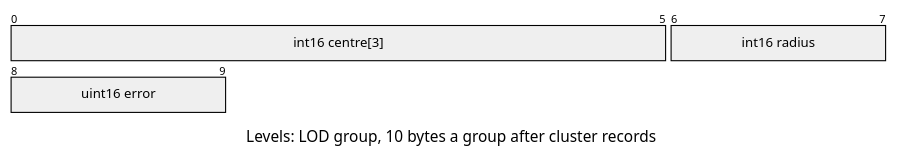
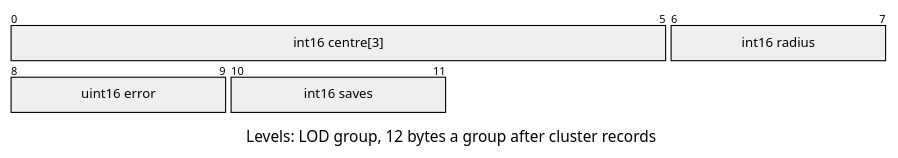
One commit to jose-villegas/autana changed the third of 3 diagrams in docs/assets/formats/LLOD.md. Above: the diagram before and after it, drawn with Mermaid. The commit also changed other lines of this file and 2 other files, not shown here.

Commit message:
docs: the triangle budget in the LOD plan, LLOD v2's saves, the budget knob

````diff
--- a/docs/assets/formats/LLOD.md
+++ b/docs/assets/formats/LLOD.md
@@ -35,14 +35,15 @@
 ```mermaid
 ---
 config:
-  themeCSS: "g:nth-of-type(2) rect:nth-of-type(1) { fill: #e3e3e3 !important; } g:nth-of-type(2) rect:nth-of-type(2) { fill: #e3e3e3 !important; } g:nth-of-type(3) rect:nth-of-type(1) { fill: #e3e3e3 !important; } .packetLabel { fill: #1b1b1b !important; }"
+  themeCSS: "g:nth-of-type(2) rect:nth-of-type(1) { fill: #e3e3e3 !important; } g:nth-of-type(2) rect:nth-of-type(2) { fill: #e3e3e3 !important; } g:nth-of-type(3) rect:nth-of-type(1) { fill: #e3e3e3 !important; } g:nth-of-type(3) rect:nth-of-type(2) { fill: #e3e3e3 !important; } .packetLabel { fill: #1b1b1b !important; }"
   packet:
     bitsPerRow: 8
     bitWidth: 100
 ---
 packet-beta
-title Levels: LOD group, 10 bytes a group after cluster records
+title Levels: LOD group, 12 bytes a group after cluster records
 0-5: "int16 centre[3]"
 6-7: "int16 radius"
 8-9: "uint16 error"
+10-11: "int16 saves"
 ```
````
